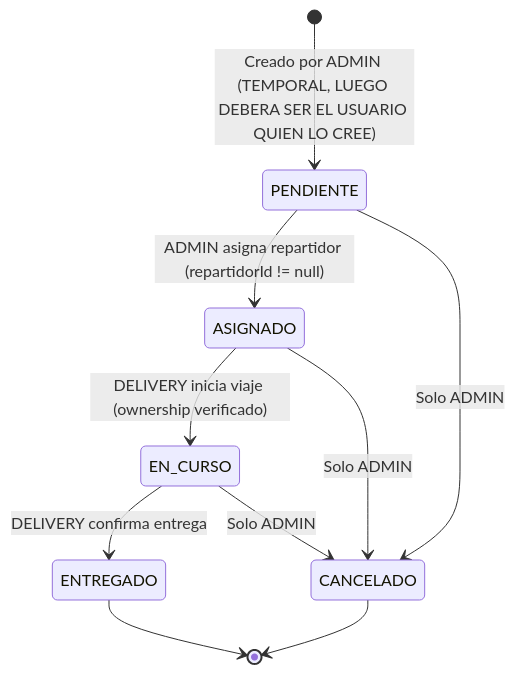
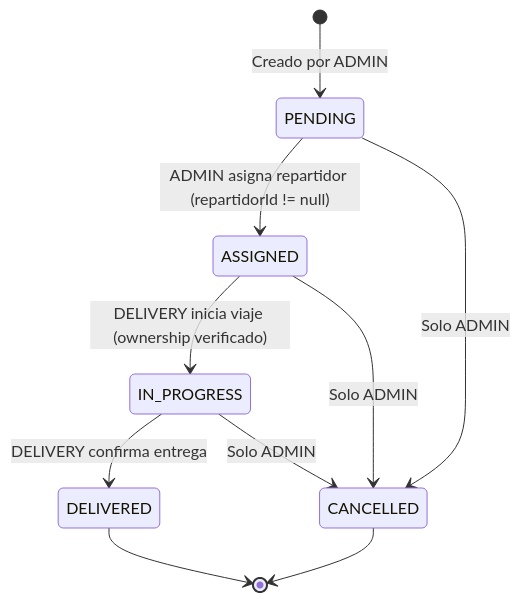
Before and after one commit to j-olivera/DeliveryHub-Backend: the first of 2 diagrams in README.md, drawn with Mermaid. The commit also changed other lines of this file and 3 other files, not shown here.

````diff
--- a/README.md
+++ b/README.md
@@ -80,14 +80,14 @@
 ```mermaid
 stateDiagram-v2
-    [*] --> PENDIENTE : Creado por ADMIN (TEMPORAL, LUEGO DEBERA SER EL USUARIO QUIEN LO CREE)
-    PENDIENTE --> ASIGNADO : ADMIN asigna repartidor (repartidorId != null)
-    ASIGNADO --> EN_CURSO : DELIVERY inicia viaje (ownership verificado)
-    EN_CURSO --> ENTREGADO : DELIVERY confirma entrega
+    [*] --> PENDING : Creado por ADMIN
+    PENDING --> ASSIGNED : ADMIN asigna repartidor (repartidorId != null)
+    ASSIGNED --> IN_PROGRESS : DELIVERY inicia viaje (ownership verificado)
+    IN_PROGRESS --> DELIVERED : DELIVERY confirma entrega
     
-    PENDIENTE --> CANCELADO : Solo ADMIN
-    ASIGNADO --> CANCELADO : Solo ADMIN
-    EN_CURSO --> CANCELADO : Solo ADMIN
+    PENDING --> CANCELLED : Solo ADMIN
+    ASSIGNED --> CANCELLED : Solo ADMIN
+    IN_PROGRESS --> CANCELLED : Solo ADMIN
     
-    ENTREGADO --> [*]
-    CANCELADO --> [*]
+    DELIVERED --> [*]
+    CANCELLED --> [*]
 ```
````
